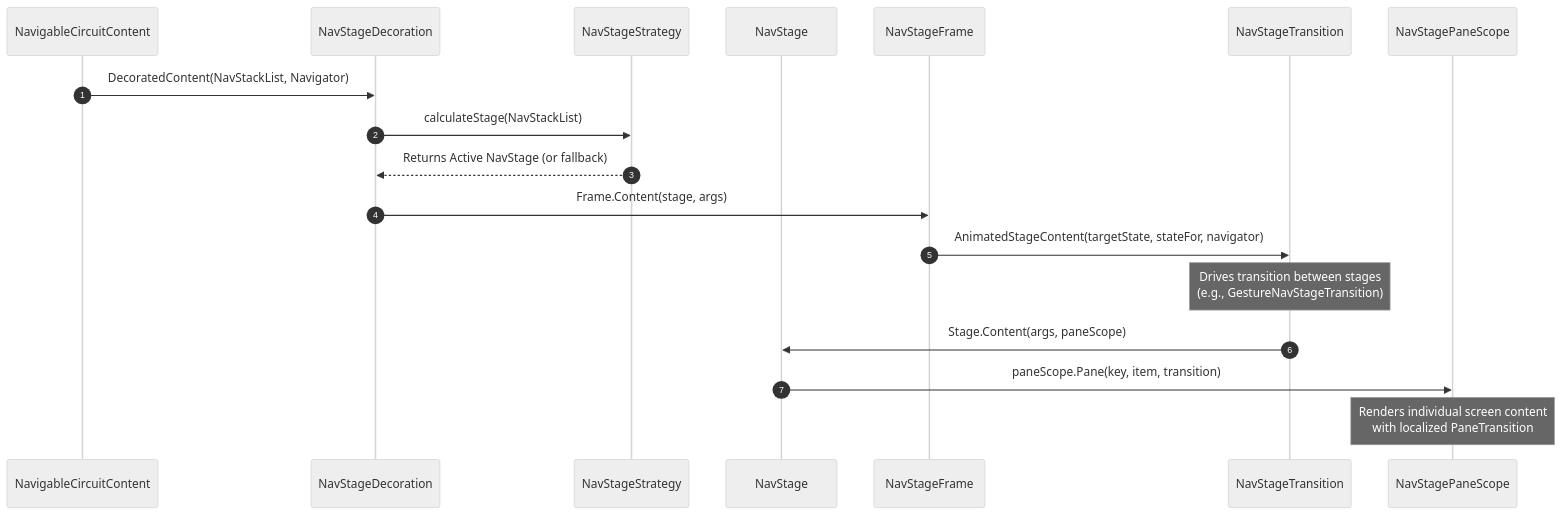
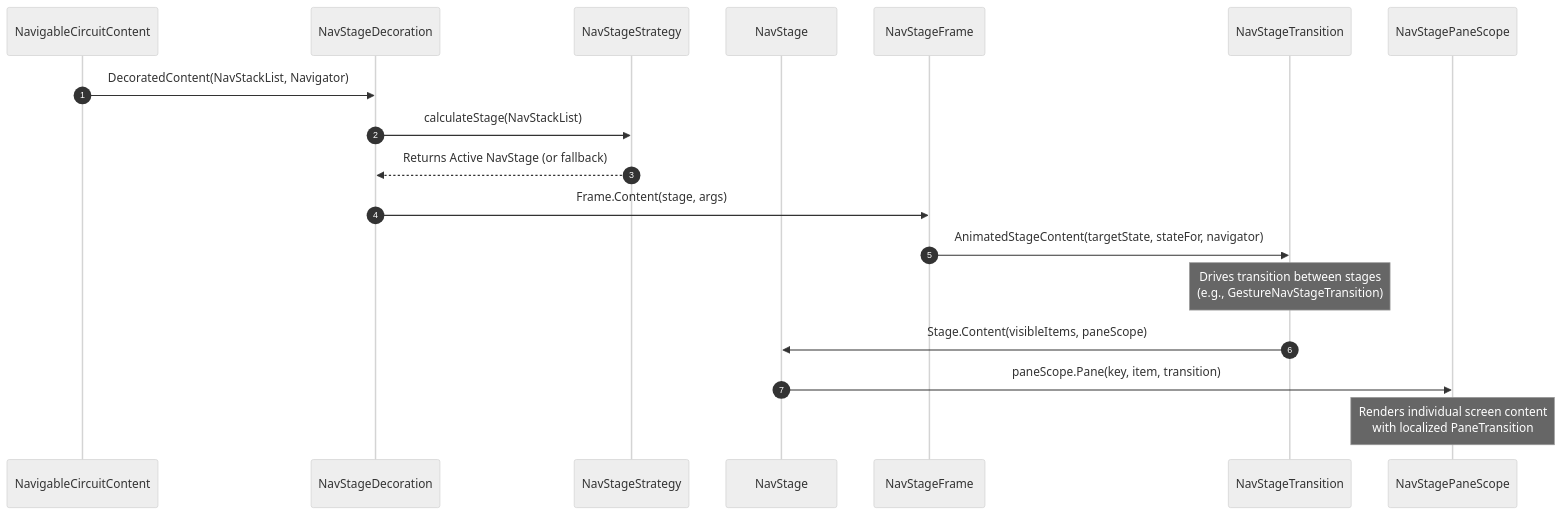
One commit to slackhq/circuit changed the second of 2 diagrams in circuitx/nav-stage/README.md. Above: the diagram before and after it, drawn with Mermaid (neutral theme). The commit also changed other lines of this file and 1 other file, not shown here.

First line of the commit message:
docs: Cover NavStage navigation policy and pane window info

````diff
--- a/circuitx/nav-stage/README.md
+++ b/circuitx/nav-stage/README.md
@@ -42,21 +42,21 @@
 ```mermaid
 sequenceDiagram
     autonumber
     participant App as NavigableCircuitContent
     participant Deco as NavStageDecoration
     participant Strat as NavStageStrategy
     participant Stage as NavStage
     participant Frame as NavStageFrame
     participant Trans as NavStageTransition
     participant Pane as NavStagePaneScope
 
     App->>Deco: DecoratedContent(NavStackList, Navigator)
     Deco->>Strat: calculateStage(NavStackList)
     Strat-->>Deco: Returns Active NavStage (or fallback)
     Deco->>Frame: Frame.Content(stage, args)
     Frame->>Trans: AnimatedStageContent(targetState, stateFor, navigator)
     Note over Trans: Drives transition between stages<br/>(e.g., GestureNavStageTransition)
-    Trans->>Stage: Stage.Content(args, paneScope)
+    Trans->>Stage: Stage.Content(visibleItems, paneScope)
     Stage->>Pane: paneScope.Pane(key, item, transition)
     Note over Pane: Renders individual screen content<br/>with localized PaneTransition
 ```
````
